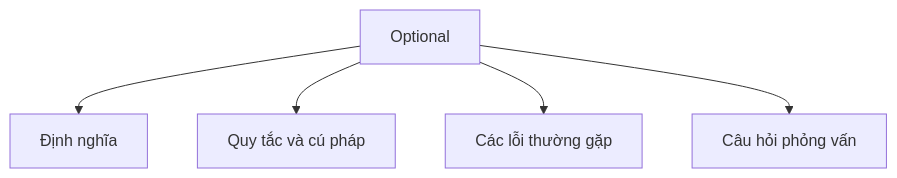
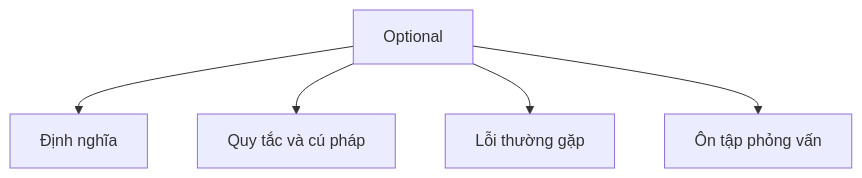
The diagram in vi/24-optional/README.md (PhuThien2005/theoretical-of-java-core), drawn with Mermaid before and after one commit. The commit also changed other lines of this file and 229 other files, not shown here.

````diff
--- a/vi/24-optional/README.md
+++ b/vi/24-optional/README.md
@@ -48,7 +49,7 @@
 ```mermaid
 flowchart TD
     A[Optional] --> B[Định nghĩa]
     A --> C[Quy tắc và cú pháp]
-    A --> D[Các lỗi thường gặp]
-    A --> E[Câu hỏi phỏng vấn]
+    A --> D[Lỗi thường gặp]
+    A --> E[Ôn tập phỏng vấn]
 ```
````
